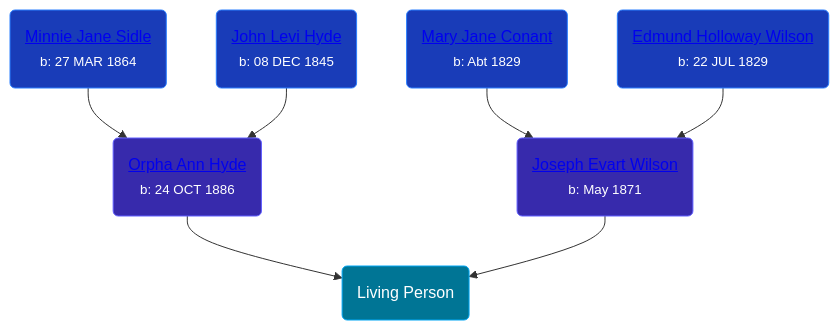
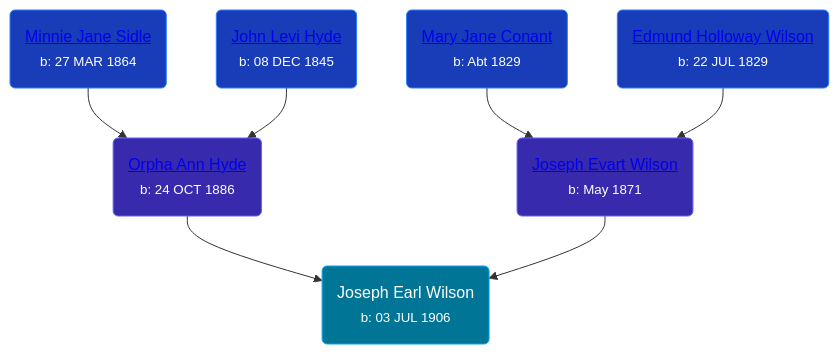
Before and after one commit to wpmgotkh/wpmgotkh.github.io: the diagram in pages/people/3/35616804.md, drawn with Mermaid. The commit also changed other lines of this file and 586 other files, not shown here.

Commit message:
feat: better shouldConsiderPersonLiving algo

````diff
--- a/pages/people/3/35616804.md
+++ b/pages/people/3/35616804.md
@@ -10,13 +10,13 @@
 ```mermaid
 graph
 classDef grands fill:#193cb8,stroke:#2b7fff,stroke-width:1px,color:#fff;
 classDef parents fill:#372aac,stroke:#615fff,stroke-width:1px,color:#fff;
 classDef primary fill:#007595,stroke:#00a6f4,stroke-width:1px,color:#fff;
-35616804(Living Person):::primary
+35616804(Joseph Earl Wilson<br /><small>b: 03 JUL 1906</small>):::primary
 63932813(<a class="text-white" href="/people/6/63932813">Orpha Ann Hyde</a><br /><small>b: 24 OCT 1886</small>):::parents-->35616804
 73883806(<a class="text-white" href="/people/7/73883806">Minnie Jane Sidle</a><br /><small>b: 27 MAR 1864</small>):::grands-->63932813
 23020300(<a class="text-white" href="/people/2/23020300">John Levi Hyde</a><br /><small>b: 08 DEC 1845</small>):::grands-->63932813
 57306025(<a class="text-white" href="/people/5/57306025">Joseph Evart Wilson</a><br /><small>b: May 1871</small>):::parents-->35616804
 27722232(<a class="text-white" href="/people/2/27722232">Mary Jane Conant</a><br /><small>b: Abt 1829</small>):::grands-->57306025
 67777324(<a class="text-white" href="/people/6/67777324">Edmund Holloway Wilson</a><br /><small>b: 22 JUL 1829</small>):::grands-->57306025
 ```
````
